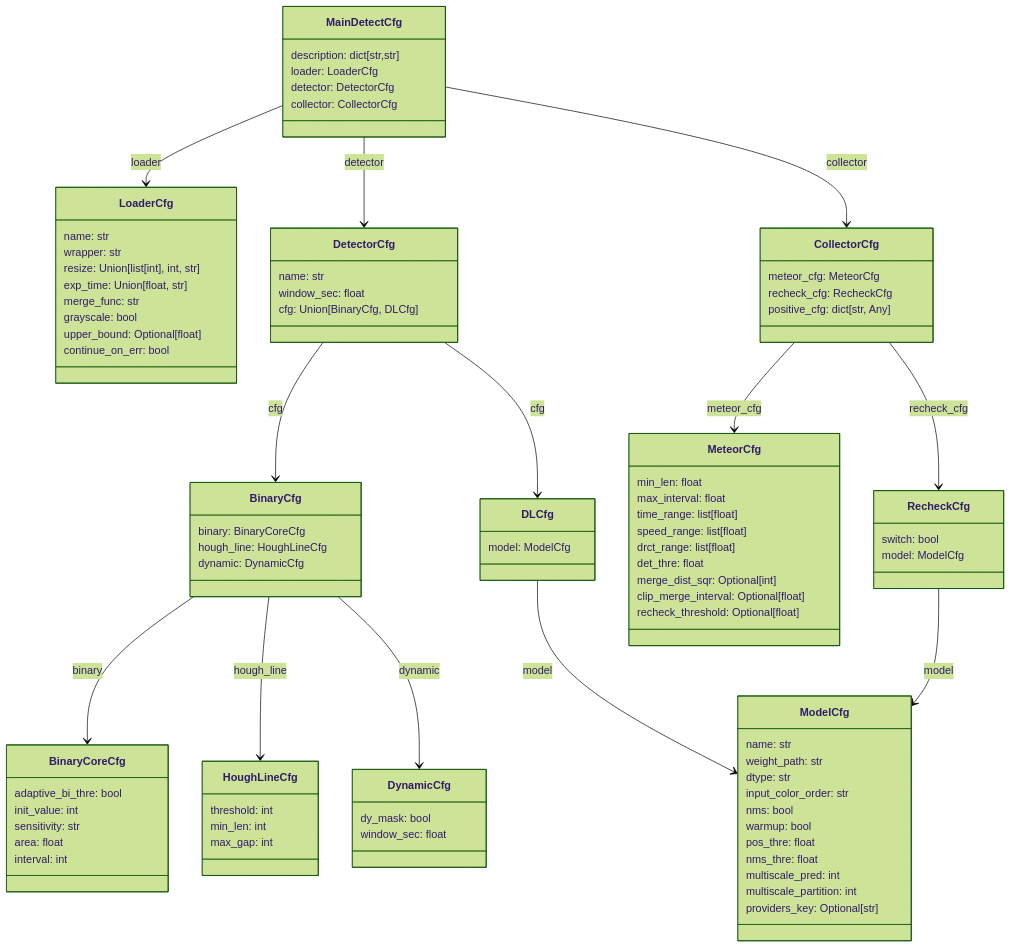
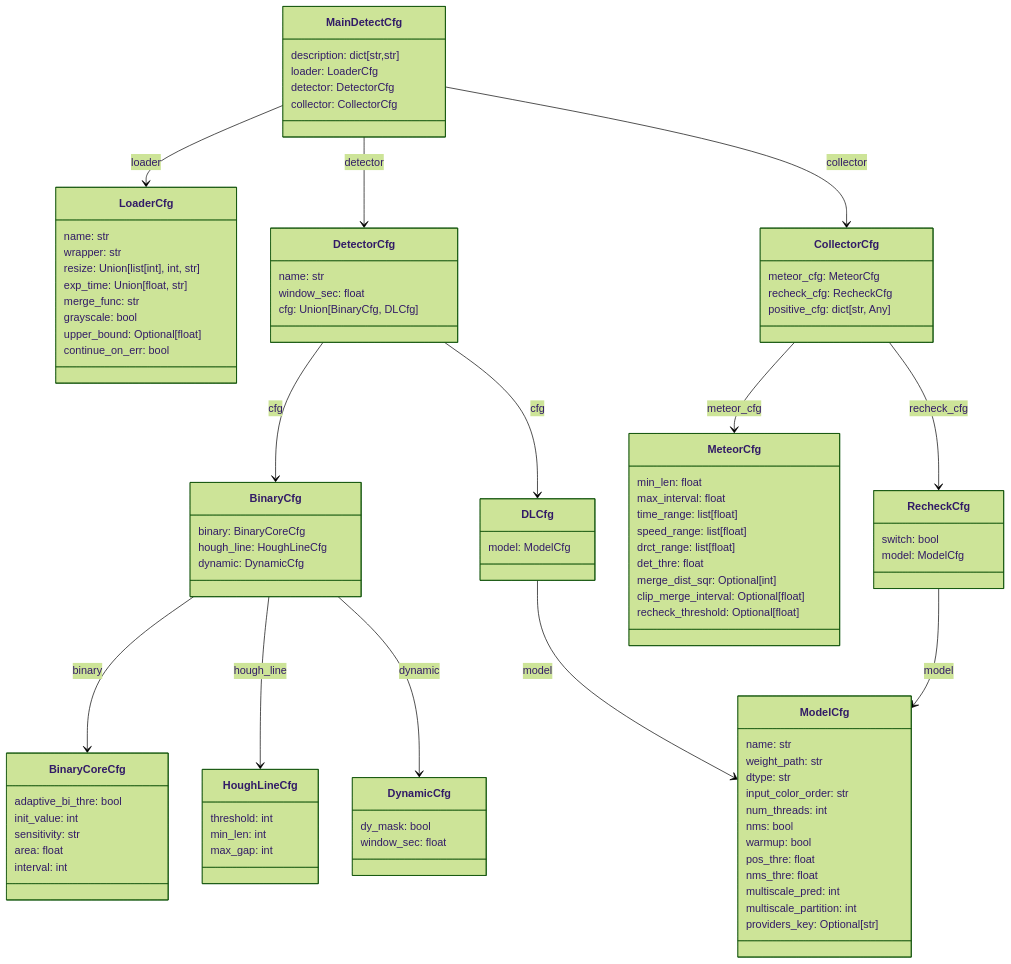
Before and after one commit to LilacMeteorObservatory/MetDetPy: the first of 2 diagrams in docs/config-doc-cn.md, drawn with Mermaid (forest theme). The commit also changed other lines of this file and 9 other files, not shown here.

Commit message:
feat: add `num_threads` option for ModelCfg

```diff
--- a/docs/config-doc-cn.md
+++ b/docs/config-doc-cn.md
@@ -40,6 +40,7 @@
     weight_path: str
     dtype: str
     input_color_order: str
+    num_threads: int
     nms: bool
     warmup: bool
     pos_thre: float
```
